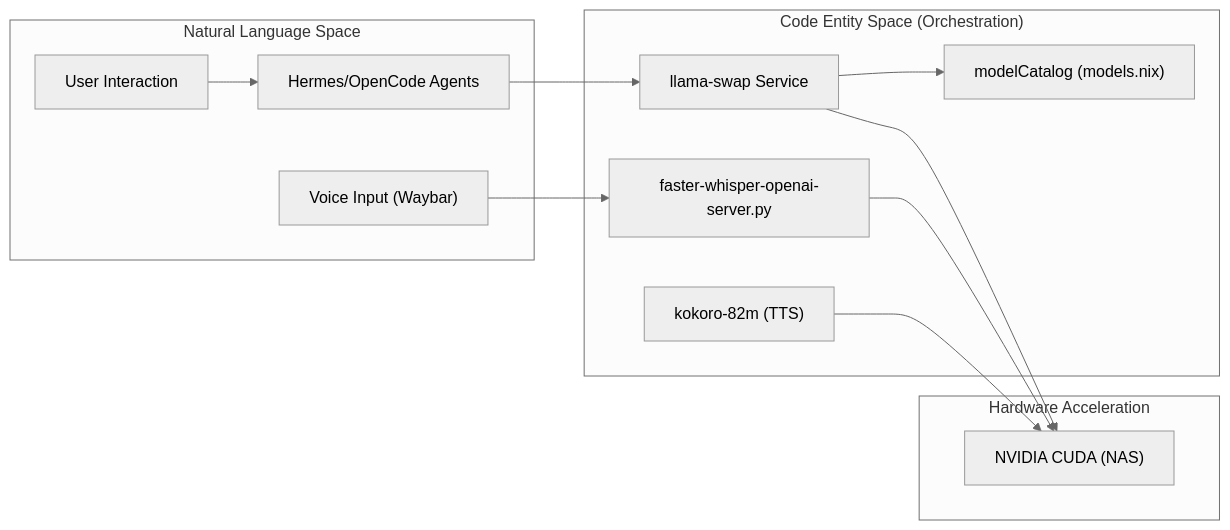
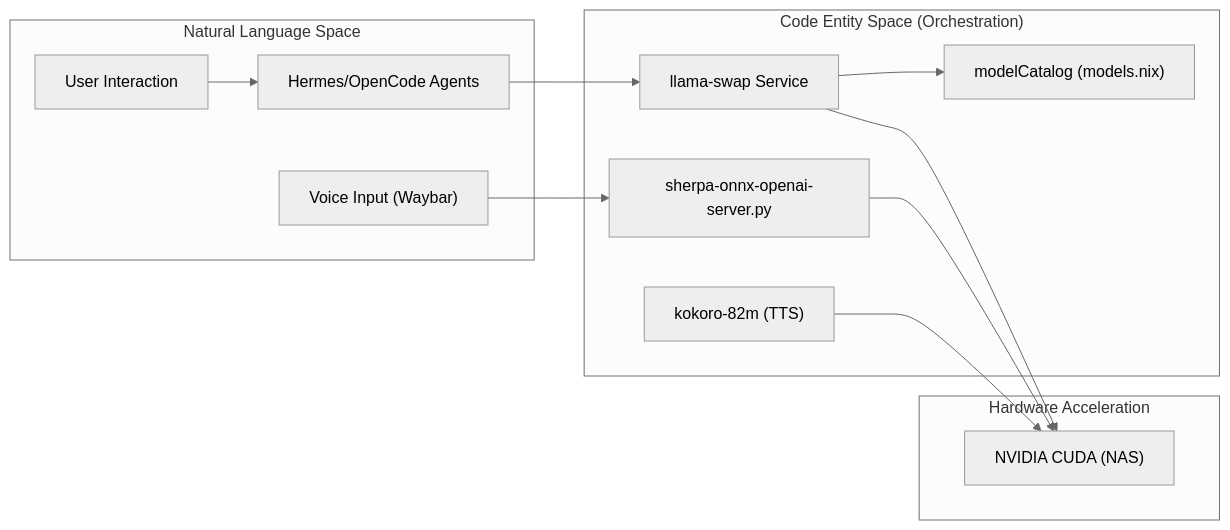
Before and after one commit to Cody-W-Tucker/nix-config: the first of 2 diagrams in docs/Local-AI-Infrastructure.md, drawn with Mermaid (neutral theme). The commit also changed other lines of this file and 12 other files, not shown here.

Commit message:
remove faster-whisper

````diff
--- a/docs/Local-AI-Infrastructure.md
+++ b/docs/Local-AI-Infrastructure.md
@@ -13,24 +13,24 @@
 ```mermaid
 flowchart LR
     subgraph subGraph2 ["Hardware Acceleration"]
         CUDA["NVIDIA CUDA (NAS)"]
     end
     subgraph subGraph1 ["Code Entity Space (Orchestration)"]
         LSwap["llama-swap Service"]
         MCatalog["modelCatalog (models.nix)"]
-        FWhisper["faster-whisper-openai-server.py"]
+        FWhisper["sherpa-onnx-openai-server.py"]
         KTTS["kokoro-82m (TTS)"]
     end
     subgraph subGraph0 ["Natural Language Space"]
         User["User Interaction"]
         Voice["Voice Input (Waybar)"]
         Agents["Hermes/OpenCode Agents"]
     end
     User --> Agents
     Voice --> FWhisper
     Agents --> LSwap
     LSwap --> MCatalog
     LSwap --> CUDA
     FWhisper --> CUDA
     KTTS --> CUDA
 ```
````
